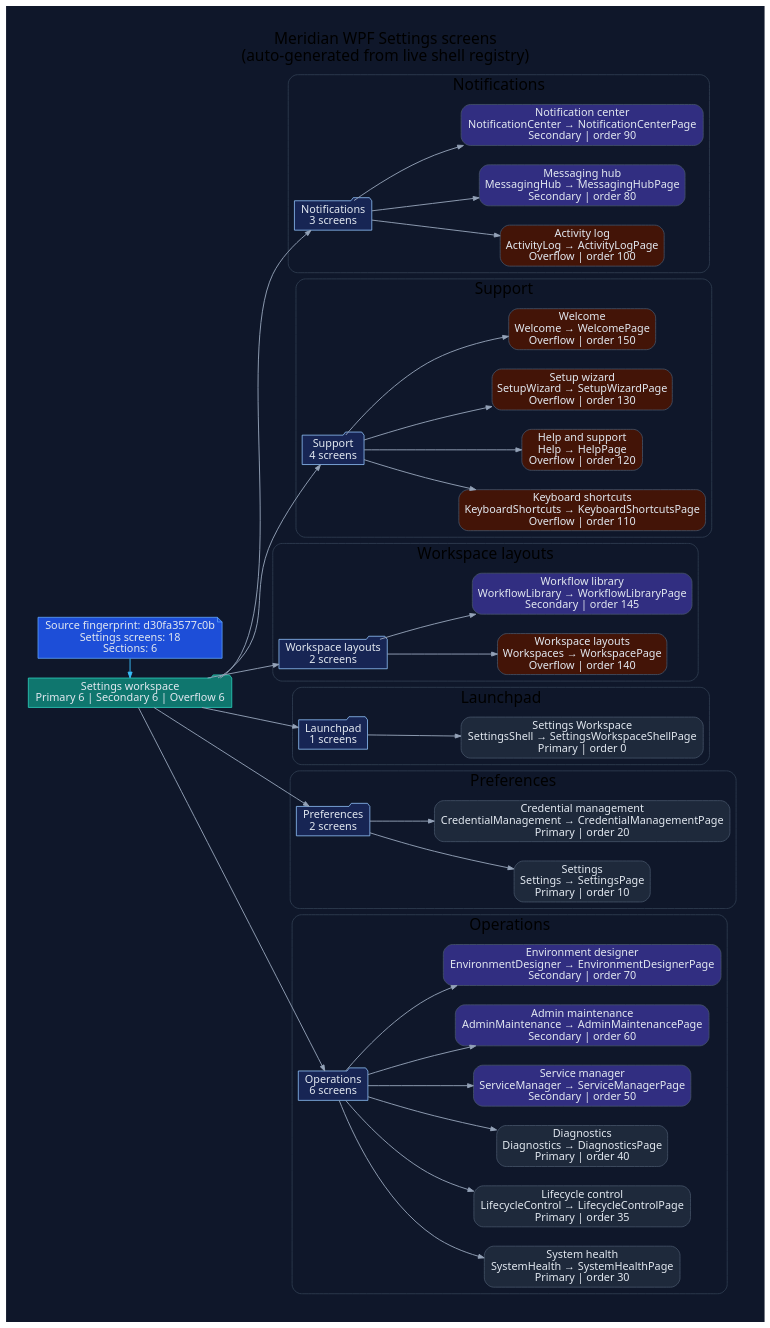
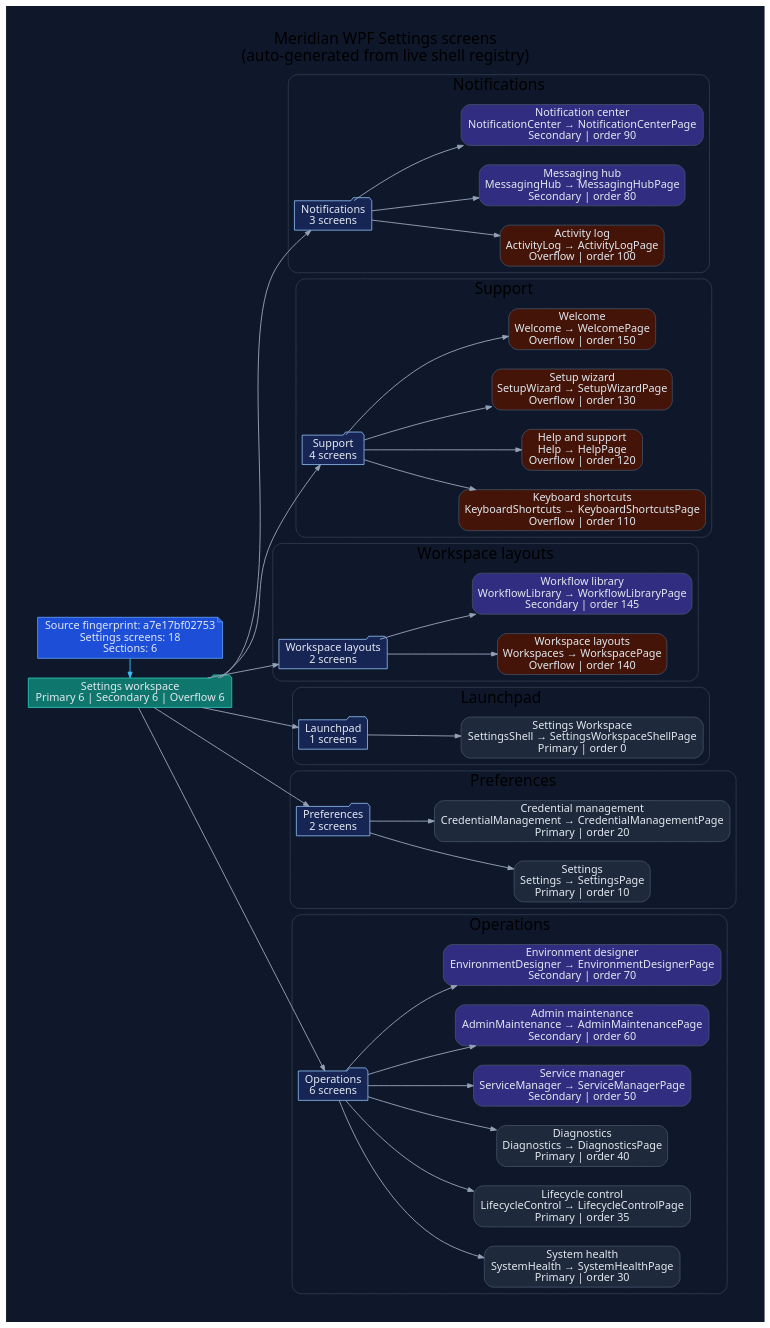
The diagram in docs/diagrams/ui/ui-wpf-screens-settings.dot (rodoHasArrived/Meridian-main), drawn with Graphviz before and after one commit. The commit also changed 43 other files, not shown here.

First line of the commit message:
Re-render the WPF UI diagrams for the desktop slate

```diff
--- a/docs/diagrams/ui/ui-wpf-screens-settings.dot
+++ b/docs/diagrams/ui/ui-wpf-screens-settings.dot
@@ -1,110 +1,110 @@
 // -----------------------------------------------------------------------------
 // <auto-generated>
 // Generated by scripts/generate-diagrams.mjs.
 // Do not edit this file directly; update the WPF source files instead.
 // -----------------------------------------------------------------------------
 digraph WpfSettingsScreens {
   graph [
     rankdir=LR,
     labelloc=t,
     label="Meridian WPF Settings screens\n(auto-generated from live shell registry)",
     fontname="Segoe UI",
     fontsize=20,
     pad=0.4,
     nodesep=0.35,
     ranksep=0.85,
     bgcolor="#0f172a"
   ];
   node [fontname="Segoe UI", shape=box, style="rounded,filled", color="#475569", fontcolor="#e2e8f0", fillcolor="#1e293b"];
   edge [fontname="Segoe UI", color="#94a3b8", penwidth=1.2, arrowsize=0.75];
 
-  generated [shape=note, fillcolor="#1d4ed8", color="#60a5fa", label="Source fingerprint: d30fa3577c0b\nSettings screens: 18\nSections: 6"];
+  generated [shape=note, fillcolor="#1d4ed8", color="#60a5fa", label="Source fingerprint: a7e17bf02753\nSettings screens: 18\nSections: 6"];
   workspace [shape=folder, fillcolor="#0f766e", color="#2dd4bf", label="Settings workspace\nPrimary 6 | Secondary 6 | Overflow 6"];
   generated -> workspace [color="#38bdf8"];
 
   subgraph cluster_section_1 {
     label="Notifications";
     color="#334155";
     style="rounded";
     section_1 [shape=folder, fillcolor="#172554", color="#93c5fd", label="Notifications\n3 screens"];
     workspace -> section_1;
     screen_ActivityLog [fillcolor="#431407", label="Activity log\nActivityLog → ActivityLogPage\nOverflow | order 100"];
     section_1 -> screen_ActivityLog;
     screen_MessagingHub [fillcolor="#312e81", label="Messaging hub\nMessagingHub → MessagingHubPage\nSecondary | order 80"];
     section_1 -> screen_MessagingHub;
     screen_NotificationCenter [fillcolor="#312e81", label="Notification center\nNotificationCenter → NotificationCenterPage\nSecondary | order 90"];
     section_1 -> screen_NotificationCenter;
   }
 
   subgraph cluster_section_2 {
     label="Support";
     color="#334155";
     style="rounded";
     section_2 [shape=folder, fillcolor="#172554", color="#93c5fd", label="Support\n4 screens"];
     workspace -> section_2;
     screen_KeyboardShortcuts [fillcolor="#431407", label="Keyboard shortcuts\nKeyboardShortcuts → KeyboardShortcutsPage\nOverflow | order 110"];
     section_2 -> screen_KeyboardShortcuts;
     screen_Help [fillcolor="#431407", label="Help and support\nHelp → HelpPage\nOverflow | order 120"];
     section_2 -> screen_Help;
     screen_SetupWizard [fillcolor="#431407", label="Setup wizard\nSetupWizard → SetupWizardPage\nOverflow | order 130"];
     section_2 -> screen_SetupWizard;
     screen_Welcome [fillcolor="#431407", label="Welcome\nWelcome → WelcomePage\nOverflow | order 150"];
     section_2 -> screen_Welcome;
   }
 
   subgraph cluster_section_3 {
     label="Workspace layouts";
     color="#334155";
     style="rounded";
     section_3 [shape=folder, fillcolor="#172554", color="#93c5fd", label="Workspace layouts\n2 screens"];
     workspace -> section_3;
     screen_Workspaces [fillcolor="#431407", label="Workspace layouts\nWorkspaces → WorkspacePage\nOverflow | order 140"];
     section_3 -> screen_Workspaces;
     screen_WorkflowLibrary [fillcolor="#312e81", label="Workflow library\nWorkflowLibrary → WorkflowLibraryPage\nSecondary | order 145"];
     section_3 -> screen_WorkflowLibrary;
   }
 
   subgraph cluster_section_4 {
     label="Launchpad";
     color="#334155";
     style="rounded";
     section_4 [shape=folder, fillcolor="#172554", color="#93c5fd", label="Launchpad\n1 screens"];
     workspace -> section_4;
     screen_SettingsShell [fillcolor="#1e293b", label="Settings Workspace\nSettingsShell → SettingsWorkspaceShellPage\nPrimary | order 0"];
     section_4 -> screen_SettingsShell;
   }
 
   subgraph cluster_section_5 {
     label="Preferences";
     color="#334155";
     style="rounded";
     section_5 [shape=folder, fillcolor="#172554", color="#93c5fd", label="Preferences\n2 screens"];
     workspace -> section_5;
     screen_Settings [fillcolor="#1e293b", label="Settings\nSettings → SettingsPage\nPrimary | order 10"];
     section_5 -> screen_Settings;
     screen_CredentialManagement [fillcolor="#1e293b", label="Credential management\nCredentialManagement → CredentialManagementPage\nPrimary | order 20"];
     section_5 -> screen_CredentialManagement;
   }
 
   subgraph cluster_section_6 {
     label="Operations";
     color="#334155";
     style="rounded";
     section_6 [shape=folder, fillcolor="#172554", color="#93c5fd", label="Operations\n6 screens"];
     workspace -> section_6;
     screen_SystemHealth [fillcolor="#1e293b", label="System health\nSystemHealth → SystemHealthPage\nPrimary | order 30"];
     section_6 -> screen_SystemHealth;
     screen_LifecycleControl [fillcolor="#1e293b", label="Lifecycle control\nLifecycleControl → LifecycleControlPage\nPrimary | order 35"];
     section_6 -> screen_LifecycleControl;
     screen_Diagnostics [fillcolor="#1e293b", label="Diagnostics\nDiagnostics → DiagnosticsPage\nPrimary | order 40"];
     section_6 -> screen_Diagnostics;
     screen_ServiceManager [fillcolor="#312e81", label="Service manager\nServiceManager → ServiceManagerPage\nSecondary | order 50"];
     section_6 -> screen_ServiceManager;
     screen_AdminMaintenance [fillcolor="#312e81", label="Admin maintenance\nAdminMaintenance → AdminMaintenancePage\nSecondary | order 60"];
     section_6 -> screen_AdminMaintenance;
     screen_EnvironmentDesigner [fillcolor="#312e81", label="Environment designer\nEnvironmentDesigner → EnvironmentDesignerPage\nSecondary | order 70"];
     section_6 -> screen_EnvironmentDesigner;
   }
 
   { rank=min; generated; workspace; }
 }
```
